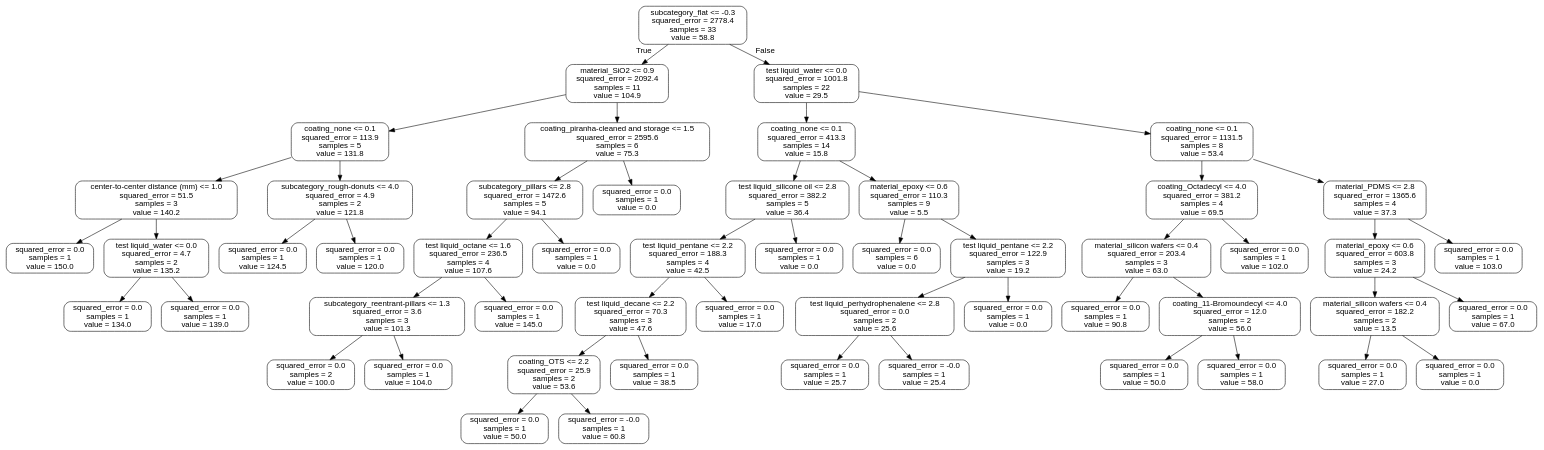
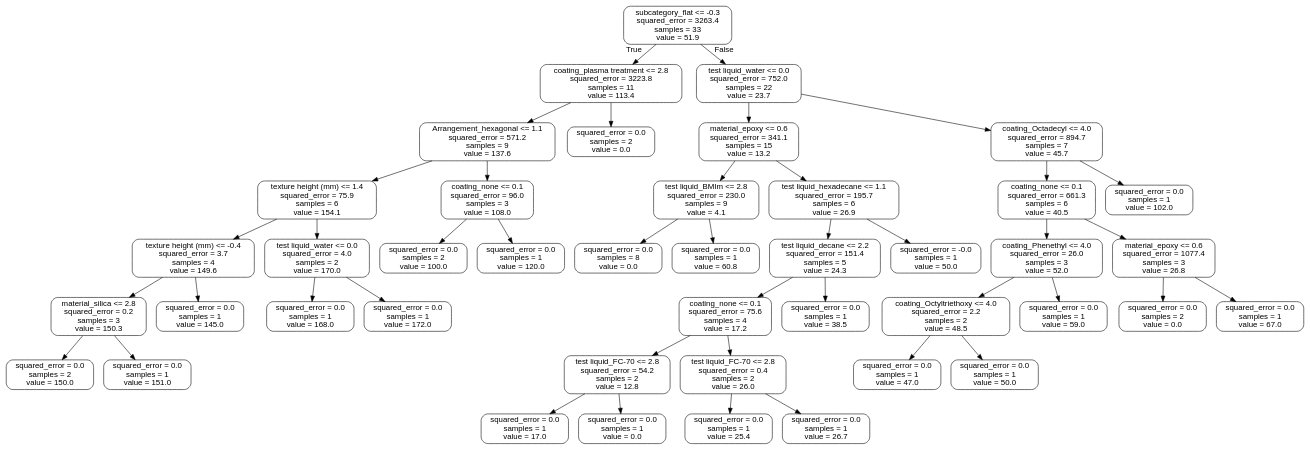
The diagram in RTF_model_fitting/result/tree.dot (jiaqizheng2000/RTF_data_sbk), drawn with Graphviz before and after one commit. The commit also changed 8 other files, not shown here.

```diff
--- a/RTF_model_fitting/result/tree.dot
+++ b/RTF_model_fitting/result/tree.dot
@@ -1,109 +1,89 @@
 digraph Tree {
 node [shape=box, style="rounded", color="black", fontname="helvetica"] ;
 edge [fontname="helvetica"] ;
-0 [label="subcategory_flat <= -0.3\nsquared_error = 2778.4\nsamples = 33\nvalue = 58.8"] ;
-1 [label="material_SiO2 <= 0.9\nsquared_error = 2092.4\nsamples = 11\nvalue = 104.9"] ;
+0 [label="subcategory_flat <= -0.3\nsquared_error = 3263.4\nsamples = 33\nvalue = 51.9"] ;
+1 [label="coating_plasma treatment <= 2.8\nsquared_error = 3223.8\nsamples = 11\nvalue = 113.4"] ;
 0 -> 1 [labeldistance=2.5, labelangle=45, headlabel="True"] ;
-2 [label="coating_none <= 0.1\nsquared_error = 113.9\nsamples = 5\nvalue = 131.8"] ;
+2 [label="Arrangement_hexagonal <= 1.1\nsquared_error = 571.2\nsamples = 9\nvalue = 137.6"] ;
 1 -> 2 ;
-3 [label="center-to-center distance (mm) <= 1.0\nsquared_error = 51.5\nsamples = 3\nvalue = 140.2"] ;
+3 [label="texture height (mm) <= 1.4\nsquared_error = 75.9\nsamples = 6\nvalue = 154.1"] ;
 2 -> 3 ;
-4 [label="squared_error = 0.0\nsamples = 1\nvalue = 150.0"] ;
+4 [label="texture height (mm) <= -0.4\nsquared_error = 3.7\nsamples = 4\nvalue = 149.6"] ;
 3 -> 4 ;
-5 [label="test liquid_water <= 0.0\nsquared_error = 4.7\nsamples = 2\nvalue = 135.2"] ;
-3 -> 5 ;
-6 [label="squared_error = 0.0\nsamples = 1\nvalue = 134.0"] ;
+5 [label="material_silica <= 2.8\nsquared_error = 0.2\nsamples = 3\nvalue = 150.3"] ;
+4 -> 5 ;
+6 [label="squared_error = 0.0\nsamples = 2\nvalue = 150.0"] ;
 5 -> 6 ;
-7 [label="squared_error = 0.0\nsamples = 1\nvalue = 139.0"] ;
+7 [label="squared_error = 0.0\nsamples = 1\nvalue = 151.0"] ;
 5 -> 7 ;
-8 [label="subcategory_rough-donuts <= 4.0\nsquared_error = 4.9\nsamples = 2\nvalue = 121.8"] ;
-2 -> 8 ;
-9 [label="squared_error = 0.0\nsamples = 1\nvalue = 124.5"] ;
-8 -> 9 ;
-10 [label="squared_error = 0.0\nsamples = 1\nvalue = 120.0"] ;
-8 -> 10 ;
-11 [label="coating_piranha-cleaned and storage <= 1.5\nsquared_error = 2595.6\nsamples = 6\nvalue = 75.3"] ;
-1 -> 11 ;
-12 [label="subcategory_pillars <= 2.8\nsquared_error = 1472.6\nsamples = 5\nvalue = 94.1"] ;
-11 -> 12 ;
-13 [label="test liquid_octane <= 1.6\nsquared_error = 236.5\nsamples = 4\nvalue = 107.6"] ;
+8 [label="squared_error = 0.0\nsamples = 1\nvalue = 145.0"] ;
+4 -> 8 ;
+9 [label="test liquid_water <= 0.0\nsquared_error = 4.0\nsamples = 2\nvalue = 170.0"] ;
+3 -> 9 ;
+10 [label="squared_error = 0.0\nsamples = 1\nvalue = 168.0"] ;
+9 -> 10 ;
+11 [label="squared_error = 0.0\nsamples = 1\nvalue = 172.0"] ;
+9 -> 11 ;
+12 [label="coating_none <= 0.1\nsquared_error = 96.0\nsamples = 3\nvalue = 108.0"] ;
+2 -> 12 ;
+13 [label="squared_error = 0.0\nsamples = 2\nvalue = 100.0"] ;
 12 -> 13 ;
-14 [label="subcategory_reentrant-pillars <= 1.3\nsquared_error = 3.6\nsamples = 3\nvalue = 101.3"] ;
-13 -> 14 ;
-15 [label="squared_error = 0.0\nsamples = 2\nvalue = 100.0"] ;
-14 -> 15 ;
-16 [label="squared_error = 0.0\nsamples = 1\nvalue = 104.0"] ;
-14 -> 16 ;
-17 [label="squared_error = 0.0\nsamples = 1\nvalue = 145.0"] ;
-13 -> 17 ;
-18 [label="squared_error = 0.0\nsamples = 1\nvalue = 0.0"] ;
-12 -> 18 ;
-19 [label="squared_error = 0.0\nsamples = 1\nvalue = 0.0"] ;
-11 -> 19 ;
-20 [label="test liquid_water <= 0.0\nsquared_error = 1001.8\nsamples = 22\nvalue = 29.5"] ;
-0 -> 20 [labeldistance=2.5, labelangle=-45, headlabel="False"] ;
-21 [label="coating_none <= 0.1\nsquared_error = 413.3\nsamples = 14\nvalue = 15.8"] ;
-20 -> 21 ;
-22 [label="test liquid_silicone oil <= 2.8\nsquared_error = 382.2\nsamples = 5\nvalue = 36.4"] ;
+14 [label="squared_error = 0.0\nsamples = 1\nvalue = 120.0"] ;
+12 -> 14 ;
+15 [label="squared_error = 0.0\nsamples = 2\nvalue = 0.0"] ;
+1 -> 15 ;
+16 [label="test liquid_water <= 0.0\nsquared_error = 752.0\nsamples = 22\nvalue = 23.7"] ;
+0 -> 16 [labeldistance=2.5, labelangle=-45, headlabel="False"] ;
+17 [label="material_epoxy <= 0.6\nsquared_error = 341.1\nsamples = 15\nvalue = 13.2"] ;
+16 -> 17 ;
+18 [label="test liquid_BMIm <= 2.8\nsquared_error = 230.0\nsamples = 9\nvalue = 4.1"] ;
+17 -> 18 ;
+19 [label="squared_error = 0.0\nsamples = 8\nvalue = 0.0"] ;
+18 -> 19 ;
+20 [label="squared_error = 0.0\nsamples = 1\nvalue = 60.8"] ;
+18 -> 20 ;
+21 [label="test liquid_hexadecane <= 1.1\nsquared_error = 195.7\nsamples = 6\nvalue = 26.9"] ;
+17 -> 21 ;
+22 [label="test liquid_decane <= 2.2\nsquared_error = 151.4\nsamples = 5\nvalue = 24.3"] ;
 21 -> 22 ;
-23 [label="test liquid_pentane <= 2.2\nsquared_error = 188.3\nsamples = 4\nvalue = 42.5"] ;
+23 [label="coating_none <= 0.1\nsquared_error = 75.6\nsamples = 4\nvalue = 17.2"] ;
 22 -> 23 ;
-24 [label="test liquid_decane <= 2.2\nsquared_error = 70.3\nsamples = 3\nvalue = 47.6"] ;
+24 [label="test liquid_FC-70 <= 2.8\nsquared_error = 54.2\nsamples = 2\nvalue = 12.8"] ;
 23 -> 24 ;
-25 [label="coating_OTS <= 2.2\nsquared_error = 25.9\nsamples = 2\nvalue = 53.6"] ;
+25 [label="squared_error = 0.0\nsamples = 1\nvalue = 17.0"] ;
 24 -> 25 ;
-26 [label="squared_error = 0.0\nsamples = 1\nvalue = 50.0"] ;
-25 -> 26 ;
-27 [label="squared_error = -0.0\nsamples = 1\nvalue = 60.8"] ;
-25 -> 27 ;
-28 [label="squared_error = 0.0\nsamples = 1\nvalue = 38.5"] ;
-24 -> 28 ;
-29 [label="squared_error = 0.0\nsamples = 1\nvalue = 17.0"] ;
-23 -> 29 ;
-30 [label="squared_error = 0.0\nsamples = 1\nvalue = 0.0"] ;
+26 [label="squared_error = 0.0\nsamples = 1\nvalue = 0.0"] ;
+24 -> 26 ;
+27 [label="test liquid_FC-70 <= 2.8\nsquared_error = 0.4\nsamples = 2\nvalue = 26.0"] ;
+23 -> 27 ;
+28 [label="squared_error = 0.0\nsamples = 1\nvalue = 25.4"] ;
+27 -> 28 ;
+29 [label="squared_error = 0.0\nsamples = 1\nvalue = 26.7"] ;
+27 -> 29 ;
+30 [label="squared_error = 0.0\nsamples = 1\nvalue = 38.5"] ;
 22 -> 30 ;
-31 [label="material_epoxy <= 0.6\nsquared_error = 110.3\nsamples = 9\nvalue = 5.5"] ;
+31 [label="squared_error = -0.0\nsamples = 1\nvalue = 50.0"] ;
 21 -> 31 ;
-32 [label="squared_error = 0.0\nsamples = 6\nvalue = 0.0"] ;
-31 -> 32 ;
-33 [label="test liquid_pentane <= 2.2\nsquared_error = 122.9\nsamples = 3\nvalue = 19.2"] ;
-31 -> 33 ;
-34 [label="test liquid_perhydrophenalene <= 2.8\nsquared_error = 0.0\nsamples = 2\nvalue = 25.6"] ;
+32 [label="coating_Octadecyl <= 4.0\nsquared_error = 894.7\nsamples = 7\nvalue = 45.7"] ;
+16 -> 32 ;
+33 [label="coating_none <= 0.1\nsquared_error = 661.3\nsamples = 6\nvalue = 40.5"] ;
+32 -> 33 ;
+34 [label="coating_Phenethyl <= 4.0\nsquared_error = 26.0\nsamples = 3\nvalue = 52.0"] ;
 33 -> 34 ;
-35 [label="squared_error = 0.0\nsamples = 1\nvalue = 25.7"] ;
+35 [label="coating_Octyltriethoxy <= 4.0\nsquared_error = 2.2\nsamples = 2\nvalue = 48.5"] ;
 34 -> 35 ;
-36 [label="squared_error = -0.0\nsamples = 1\nvalue = 25.4"] ;
-34 -> 36 ;
-37 [label="squared_error = 0.0\nsamples = 1\nvalue = 0.0"] ;
-33 -> 37 ;
-38 [label="coating_none <= 0.1\nsquared_error = 1131.5\nsamples = 8\nvalue = 53.4"] ;
-20 -> 38 ;
-39 [label="coating_Octadecyl <= 4.0\nsquared_error = 381.2\nsamples = 4\nvalue = 69.5"] ;
-38 -> 39 ;
-40 [label="material_silicon wafers <= 0.4\nsquared_error = 203.4\nsamples = 3\nvalue = 63.0"] ;
+36 [label="squared_error = 0.0\nsamples = 1\nvalue = 47.0"] ;
+35 -> 36 ;
+37 [label="squared_error = 0.0\nsamples = 1\nvalue = 50.0"] ;
+35 -> 37 ;
+38 [label="squared_error = 0.0\nsamples = 1\nvalue = 59.0"] ;
+34 -> 38 ;
+39 [label="material_epoxy <= 0.6\nsquared_error = 1077.4\nsamples = 3\nvalue = 26.8"] ;
+33 -> 39 ;
+40 [label="squared_error = 0.0\nsamples = 2\nvalue = 0.0"] ;
 39 -> 40 ;
-41 [label="squared_error = 0.0\nsamples = 1\nvalue = 90.8"] ;
-40 -> 41 ;
-42 [label="coating_11-Bromoundecyl <= 4.0\nsquared_error = 12.0\nsamples = 2\nvalue = 56.0"] ;
-40 -> 42 ;
-43 [label="squared_error = 0.0\nsamples = 1\nvalue = 50.0"] ;
-42 -> 43 ;
-44 [label="squared_error = 0.0\nsamples = 1\nvalue = 58.0"] ;
-42 -> 44 ;
-45 [label="squared_error = 0.0\nsamples = 1\nvalue = 102.0"] ;
-39 -> 45 ;
-46 [label="material_PDMS <= 2.8\nsquared_error = 1365.6\nsamples = 4\nvalue = 37.3"] ;
-38 -> 46 ;
-47 [label="material_epoxy <= 0.6\nsquared_error = 603.8\nsamples = 3\nvalue = 24.2"] ;
-46 -> 47 ;
-48 [label="material_silicon wafers <= 0.4\nsquared_error = 182.2\nsamples = 2\nvalue = 13.5"] ;
-47 -> 48 ;
-49 [label="squared_error = 0.0\nsamples = 1\nvalue = 27.0"] ;
-48 -> 49 ;
-50 [label="squared_error = 0.0\nsamples = 1\nvalue = 0.0"] ;
-48 -> 50 ;
-51 [label="squared_error = 0.0\nsamples = 1\nvalue = 67.0"] ;
-47 -> 51 ;
-52 [label="squared_error = 0.0\nsamples = 1\nvalue = 103.0"] ;
-46 -> 52 ;
+41 [label="squared_error = 0.0\nsamples = 1\nvalue = 67.0"] ;
+39 -> 41 ;
+42 [label="squared_error = 0.0\nsamples = 1\nvalue = 102.0"] ;
+32 -> 42 ;
 }
```
